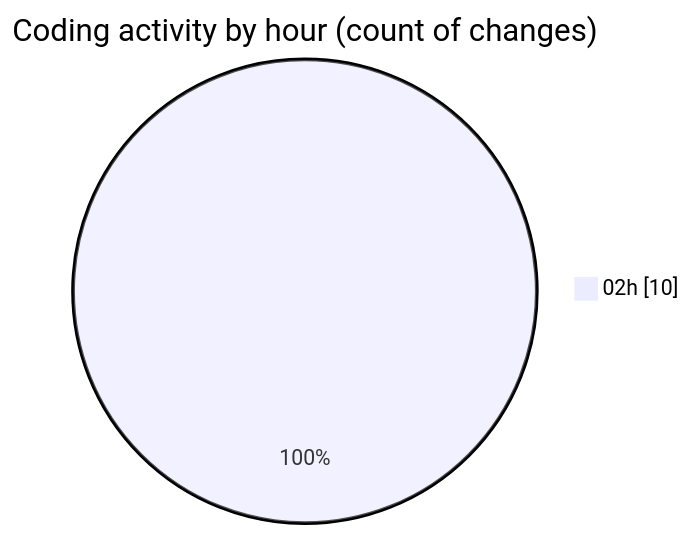
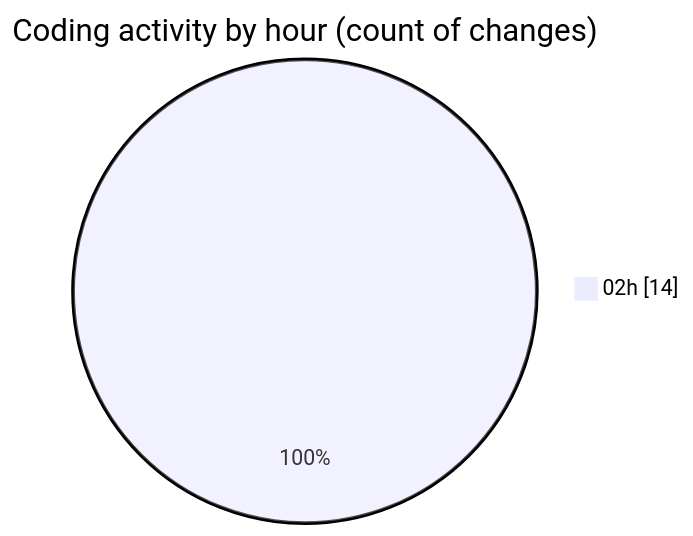
One commit to charlie-sans/code-tracking changed the second of 2 diagrams in 2025-02-22/micros/README.md. Above: the diagram before and after it, drawn with Mermaid. The commit also changed other lines of this file and 1 other file, not shown here.

````diff
--- a/2025-02-22/micros/README.md
+++ b/2025-02-22/micros/README.md
@@ -29,5 +30,5 @@
 ```mermaid
 pie showData
 title Coding activity by hour (count of changes)
-"02h" : 10
+"02h" : 14
 ```
````
